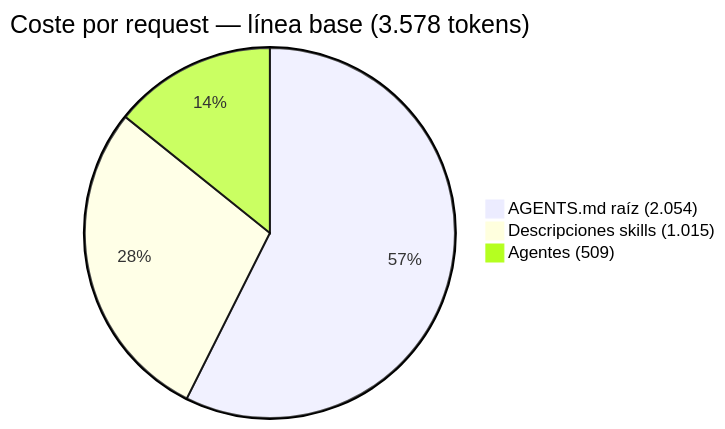
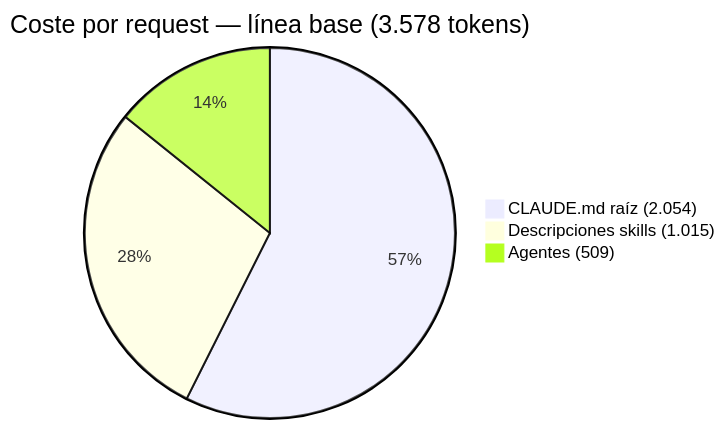
The first of 2 diagrams in docs/07-optimizacion-tokens.md (criquil/Intelligent_Performance_Test_Orchstrator), drawn with Mermaid before and after one commit. The commit also changed other lines of this file and 88 other files, not shown here.

````diff
--- a/docs/07-optimizacion-tokens.md
+++ b/docs/07-optimizacion-tokens.md
@@ -19,6 +19,6 @@
 ```mermaid
 pie title Coste por request — línea base (3.578 tokens)
-    "AGENTS.md raíz (2.054)" : 2054
+    "CLAUDE.md raíz (2.054)" : 2054
     "Descripciones skills (1.015)" : 1015
     "Agentes (509)" : 509
 ```
````
